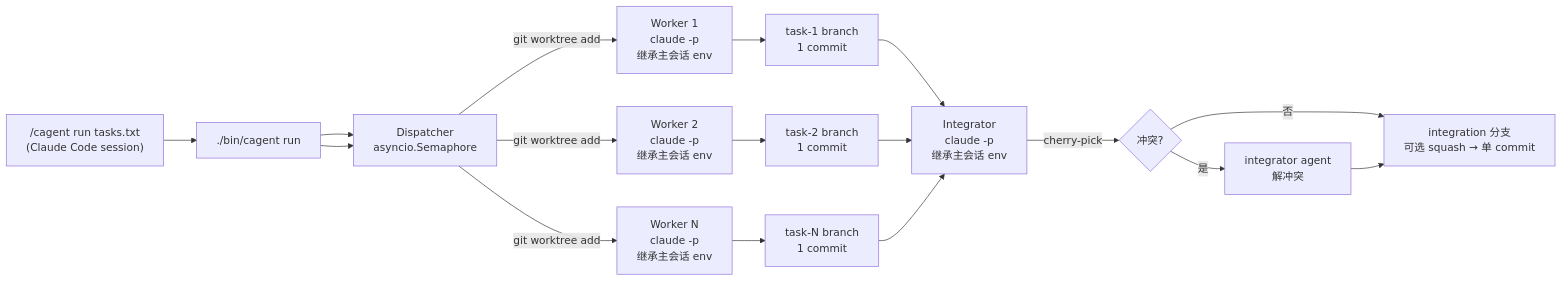
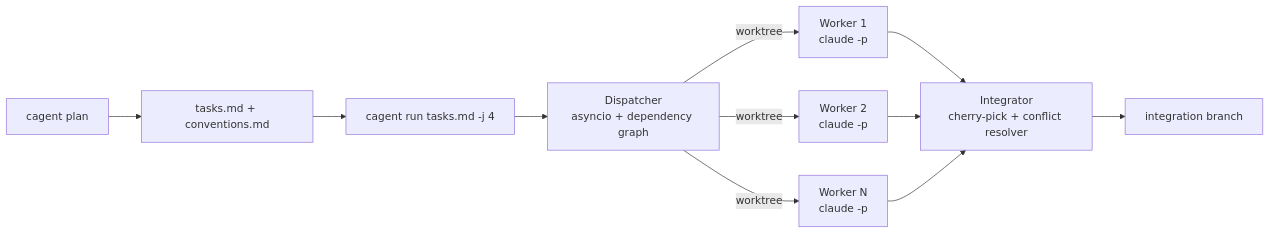
Before and after one commit to Wayne-Lee-cs/multi-agent-codeflow: the diagram in PLAN.md, drawn with Mermaid. The commit also changed other lines of this file and 13 other files, not shown here.

````diff
--- a/PLAN.md
+++ b/PLAN.md
@@ -24,18 +12,13 @@
 ```mermaid
 flowchart LR
-    CLI["cagent run tasks.txt -j 4"] --> DISP[Dispatcher<br/>asyncio.Semaphore]
-    SLASH["/cagent run tasks.txt<br/>(Claude Code session)"] --> CLI
-    CLI["./bin/cagent run"] --> DISP
-    DISP -->|git worktree add| W1[Worker 1<br/>claude -p<br/>继承主会话 env]
-    DISP -->|git worktree add| W2[Worker 2<br/>claude -p<br/>继承主会话 env]
-    DISP -->|git worktree add| WN[Worker N<br/>claude -p<br/>继承主会话 env]
-    W1 --> C1[task-1 branch<br/>1 commit]
-    W2 --> C2[task-2 branch<br/>1 commit]
-    WN --> CN[task-N branch<br/>1 commit]
-    C1 --> INT[Integrator<br/>claude -p<br/>继承主会话 env]
-    C2 --> INT
-    CN --> INT
-    INT -->|cherry-pick| OK{冲突?}
-    OK -->|否| OUT[integration 分支<br/>可选 squash → 单 commit]
-    OK -->|是| FIX[integrator agent<br/>解冲突] --> OUT
+    PLAN["cagent plan <goal>"] --> TASKS[tasks.md + conventions.md]
+    TASKS --> CLI["cagent run tasks.md -j 4"]
+    CLI --> DISP[Dispatcher<br/>asyncio + dependency graph]
+    DISP -->|worktree| W1[Worker 1<br/>claude -p]
+    DISP -->|worktree| W2[Worker 2<br/>claude -p]
+    DISP -->|worktree| WN[Worker N<br/>claude -p]
+    W1 --> INT[Integrator<br/>cherry-pick + conflict resolver]
+    W2 --> INT
+    WN --> INT
+    INT --> OUT[integration branch]
 ```
````
